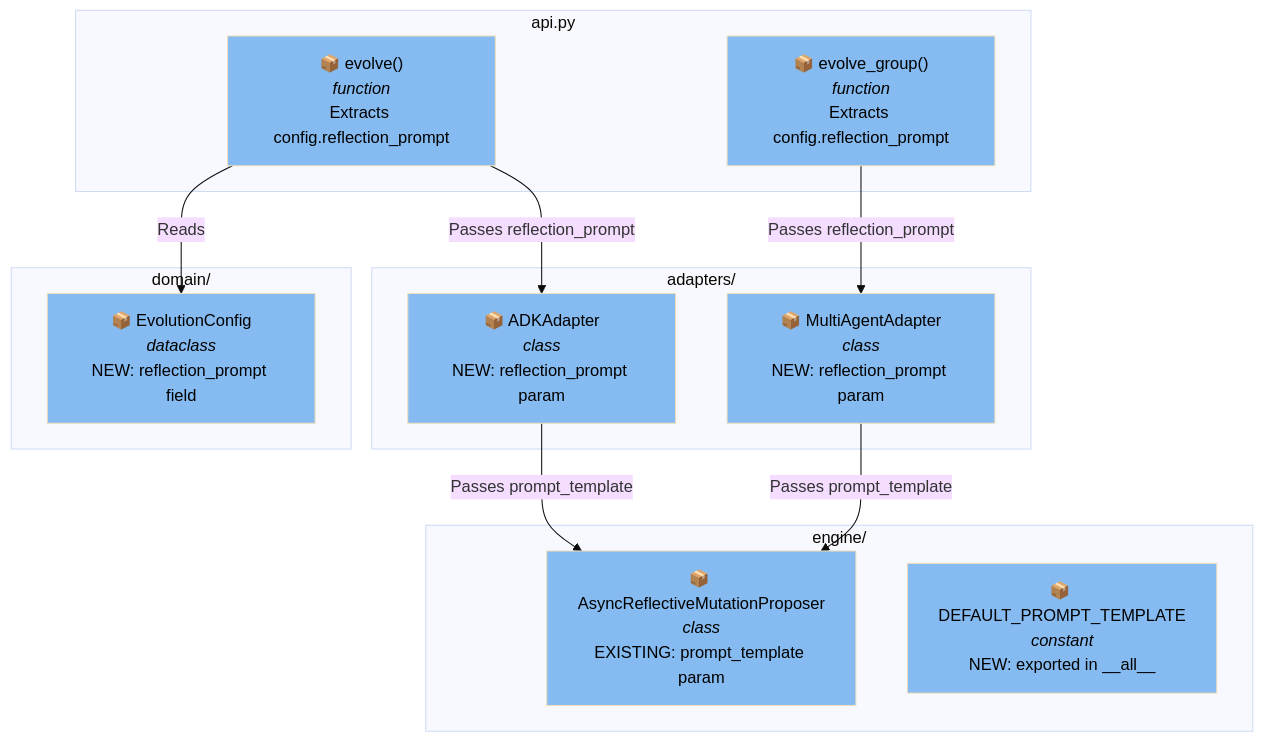
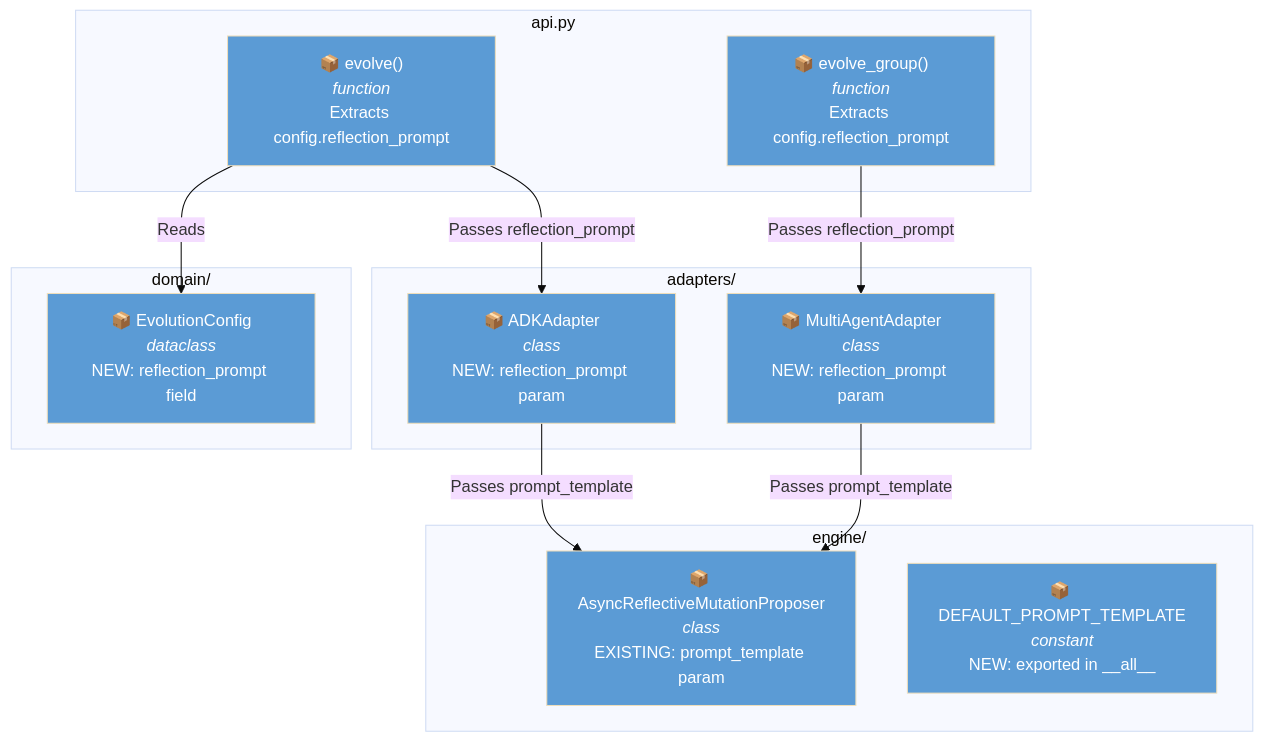
One commit to Alberto-Codes/gepa-adk changed the third of 9 diagrams in specs/032-reflection-prompt-config/architecture.md. Above: the diagram before and after it, drawn with Mermaid (base theme). The commit also changed other lines of this file, not shown here.

Commit message:
feat(spec): update color styles in architecture diagrams for improved visibility

````diff
--- a/specs/032-reflection-prompt-config/architecture.md
+++ b/specs/032-reflection-prompt-config/architecture.md
@@ -117,35 +117,35 @@
 ```mermaid
 flowchart TB
     subgraph domain["domain/"]
         config["📦 EvolutionConfig<br/><i>dataclass</i><br/>NEW: reflection_prompt field"]
     end
 
     subgraph api_layer["api.py"]
         evolve["📦 evolve()<br/><i>function</i><br/>Extracts config.reflection_prompt"]
         evolve_group["📦 evolve_group()<br/><i>function</i><br/>Extracts config.reflection_prompt"]
     end
 
     subgraph adapters["adapters/"]
         adk_adapter["📦 ADKAdapter<br/><i>class</i><br/>NEW: reflection_prompt param"]
         multi_adapter["📦 MultiAgentAdapter<br/><i>class</i><br/>NEW: reflection_prompt param"]
     end
 
     subgraph engine["engine/"]
         proposer["📦 AsyncReflectiveMutationProposer<br/><i>class</i><br/>EXISTING: prompt_template param"]
         default_prompt["📦 DEFAULT_PROMPT_TEMPLATE<br/><i>constant</i><br/>NEW: exported in __all__"]
     end
 
     evolve -->|"Reads"| config
     evolve -->|"Passes reflection_prompt"| adk_adapter
     evolve_group -->|"Passes reflection_prompt"| multi_adapter
     adk_adapter -->|"Passes prompt_template"| proposer
     multi_adapter -->|"Passes prompt_template"| proposer
 
-    style config fill:#85BBF0,color:#000
-    style evolve fill:#85BBF0,color:#000
-    style evolve_group fill:#85BBF0,color:#000
-    style adk_adapter fill:#85BBF0,color:#000
-    style multi_adapter fill:#85BBF0,color:#000
-    style proposer fill:#85BBF0,color:#000
-    style default_prompt fill:#85BBF0,color:#000
+    style config fill:#5B9BD5,color:#fff
+    style evolve fill:#5B9BD5,color:#fff
+    style evolve_group fill:#5B9BD5,color:#fff
+    style adk_adapter fill:#5B9BD5,color:#fff
+    style multi_adapter fill:#5B9BD5,color:#fff
+    style proposer fill:#5B9BD5,color:#fff
+    style default_prompt fill:#5B9BD5,color:#fff
 ```
````
